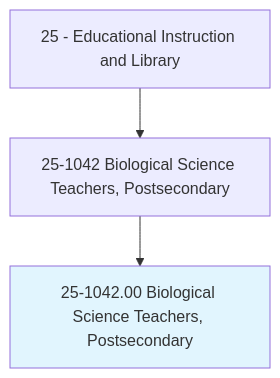
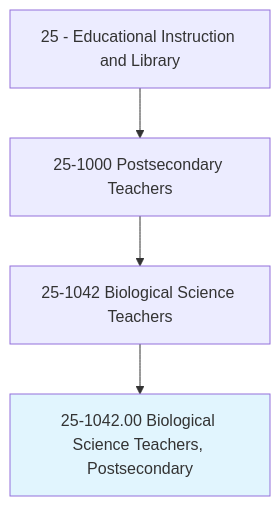
One commit to kziemski/business.org.ai changed the first of 4 diagrams in occupations/Education/BiologicalScienceTeachersPostsecondary.mdx. Above: the diagram before and after it, drawn with Mermaid. The commit also changed other lines of this file and 938 other files, not shown here.

````diff
--- a/occupations/Education/BiologicalScienceTeachersPostsecondary.mdx
+++ b/occupations/Education/BiologicalScienceTeachersPostsecondary.mdx
@@ -19,6 +23,7 @@
 ```mermaid
 graph TD
-    Cat25["25 - Educational Instruction and Library"] --> Group251042["25-1042 Biological Science Teachers, Postsecondary"]
+    Cat25["25 - Educational Instruction and Library"] --> Group251["25-1000 Postsecondary Teachers"]
+    Group251 --> Group251042["25-1042 Biological Science Teachers"]
     Group251042 --> Current["25-1042.00 Biological Science Teachers, Postsecondary"]
     style Current fill:#e1f5fe
 ```
````
